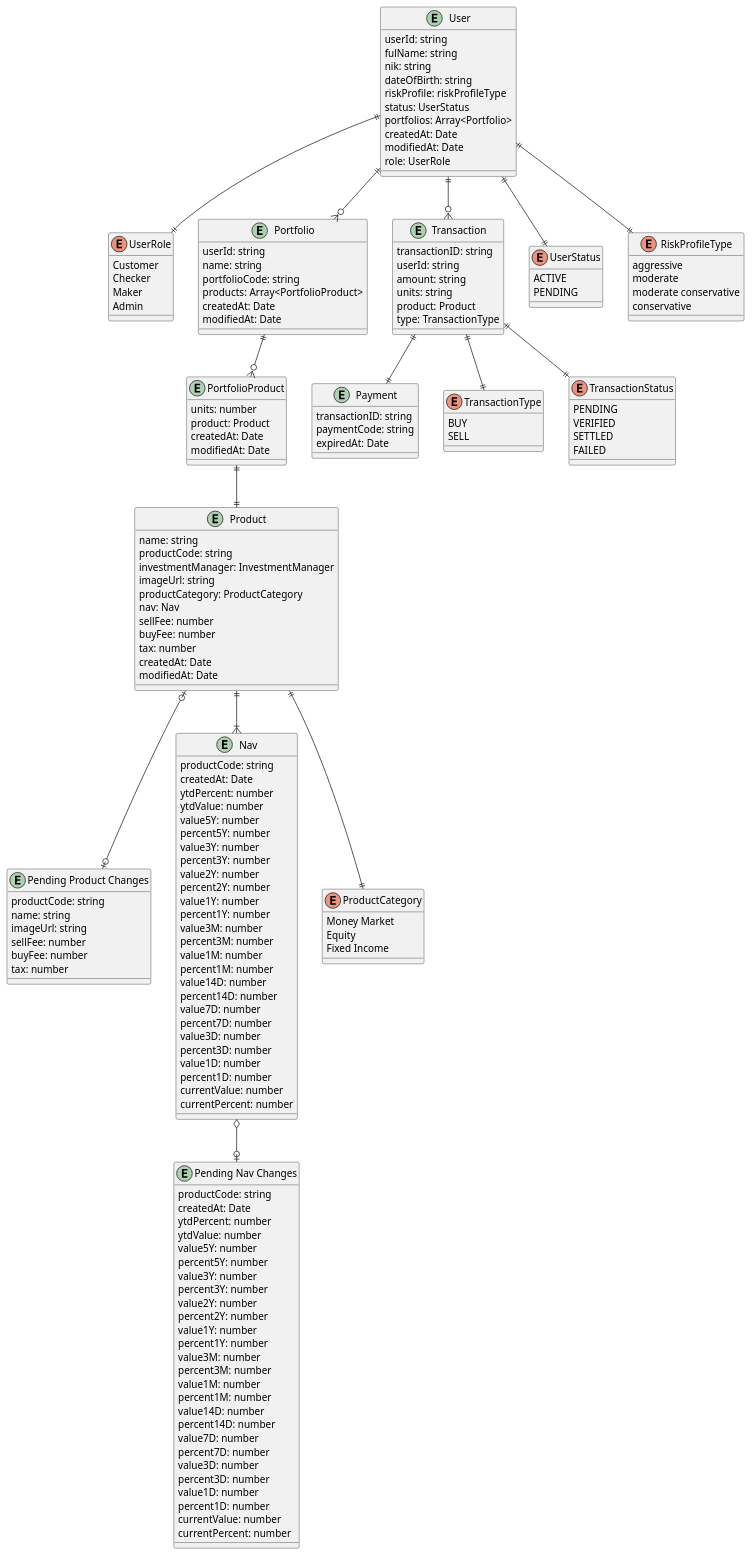
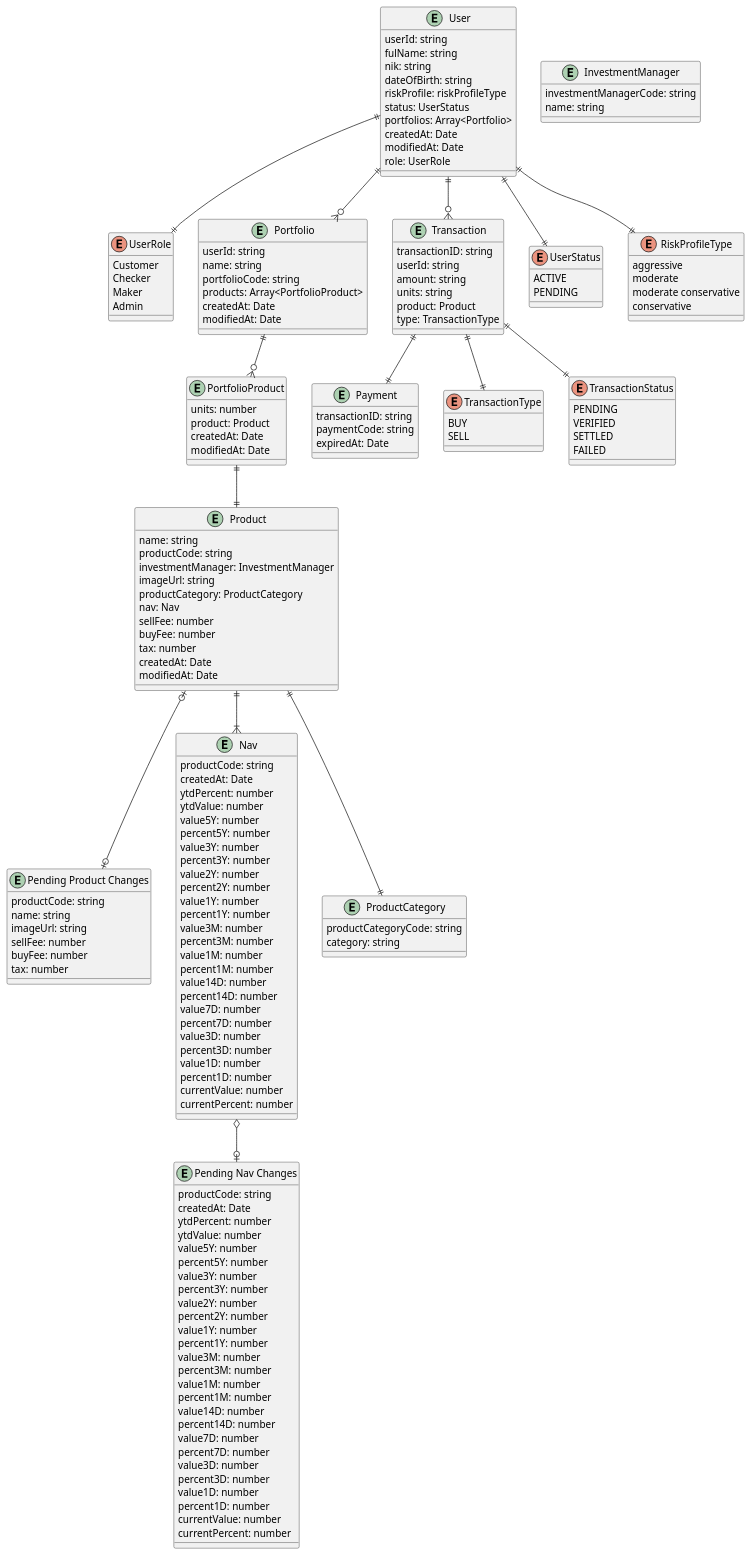
The diagram in database-design.puml (ilhamtubagus/mug-jakarta-mutual-funds), drawn with PlantUML before and after one commit. The commit also changed 8 other files, not shown here.

Commit message:
add script for investment managers and product categories collection definition

```diff
--- a/database-design.puml
+++ b/database-design.puml
@@ -1,179 +1,183 @@
 @startuml
 
 entity User {
     userId: string
     fulName: string
     nik: string
     dateOfBirth: string
     riskProfile: riskProfileType
     status: UserStatus
     portfolios: Array<Portfolio>
     createdAt: Date
     modifiedAt: Date
     role: UserRole
 }
 
 enum UserRole {
     Customer
     Checker
     Maker
     Admin
 }
 
 entity Portfolio {
     userId: string
     name: string
     portfolioCode: string
     products: Array<PortfolioProduct>
     createdAt: Date
     modifiedAt: Date
 }
 
 entity PortfolioProduct {
     units: number
     product: Product
     createdAt: Date
     modifiedAt: Date
 }
 
 entity Product {
     name: string
     productCode: string
     investmentManager: InvestmentManager
     imageUrl: string
     productCategory: ProductCategory
     nav: Nav
     sellFee: number
     buyFee: number
     tax: number
     createdAt: Date
     modifiedAt: Date
 }
 
 entity "Pending Product Changes" {
     productCode: string
     name: string
     imageUrl: string
     sellFee: number
     buyFee: number
     tax: number
 }
 
 entity Nav {
     productCode: string
     createdAt: Date
     ytdPercent: number
     ytdValue: number
     value5Y: number
     percent5Y: number
     value3Y: number
     percent3Y: number
     value2Y: number
     percent2Y: number
     value1Y: number
     percent1Y: number
     value3M: number
     percent3M: number
     value1M: number
     percent1M: number
     value14D: number
     percent14D: number
     value7D: number
     percent7D: number
     value3D: number
     percent3D: number
     value1D: number
     percent1D: number
     currentValue: number
     currentPercent: number
 }
 
 entity "Pending Nav Changes" {
     productCode: string
     createdAt: Date
     ytdPercent: number
     ytdValue: number
     value5Y: number
     percent5Y: number
     value3Y: number
     percent3Y: number
     value2Y: number
     percent2Y: number
     value1Y: number
     percent1Y: number
     value3M: number
     percent3M: number
     value1M: number
     percent1M: number
     value14D: number
     percent14D: number
     value7D: number
     percent7D: number
     value3D: number
     percent3D: number
     value1D: number
     percent1D: number
     currentValue: number
     currentPercent: number
 }
 
-enum ProductCategory {
-    Money Market
-    Equity
-    Fixed Income
+entity ProductCategory {
+    productCategoryCode: string
+    category: string
 }
 
 entity Transaction {
     transactionID: string
     userId: string
     amount: string
     units: string
     product: Product
     type: TransactionType
 }
 
 entity Payment {
     transactionID: string
     paymentCode: string
     expiredAt: Date
 }
 
 enum TransactionType {
     BUY
     SELL
 }
 
 enum TransactionStatus {
     PENDING
     VERIFIED
     SETTLED
     FAILED
 }
 
 enum UserStatus{
     ACTIVE
     PENDING
 }
 
 enum RiskProfileType{
     aggressive
     moderate
     moderate conservative
     conservative
 }
 
+entity InvestmentManager {
+    investmentManagerCode: string
+    name: string
+}
+
 Product ||--|| ProductCategory
 Product ||--|{ Nav
 PortfolioProduct ||--|| Product
 Portfolio ||--o{ PortfolioProduct
 User ||--o{ Portfolio
 User ||--o{ Transaction
 User ||--|| UserStatus
 Transaction ||--|| TransactionStatus
 Transaction ||--|| TransactionType
 User ||--|| RiskProfileType
 Transaction ||--|| Payment
 User ||--|| UserRole
 Product |o--o| "Pending Product Changes"
 Nav o--o| "Pending Nav Changes"
 @enduml
```
